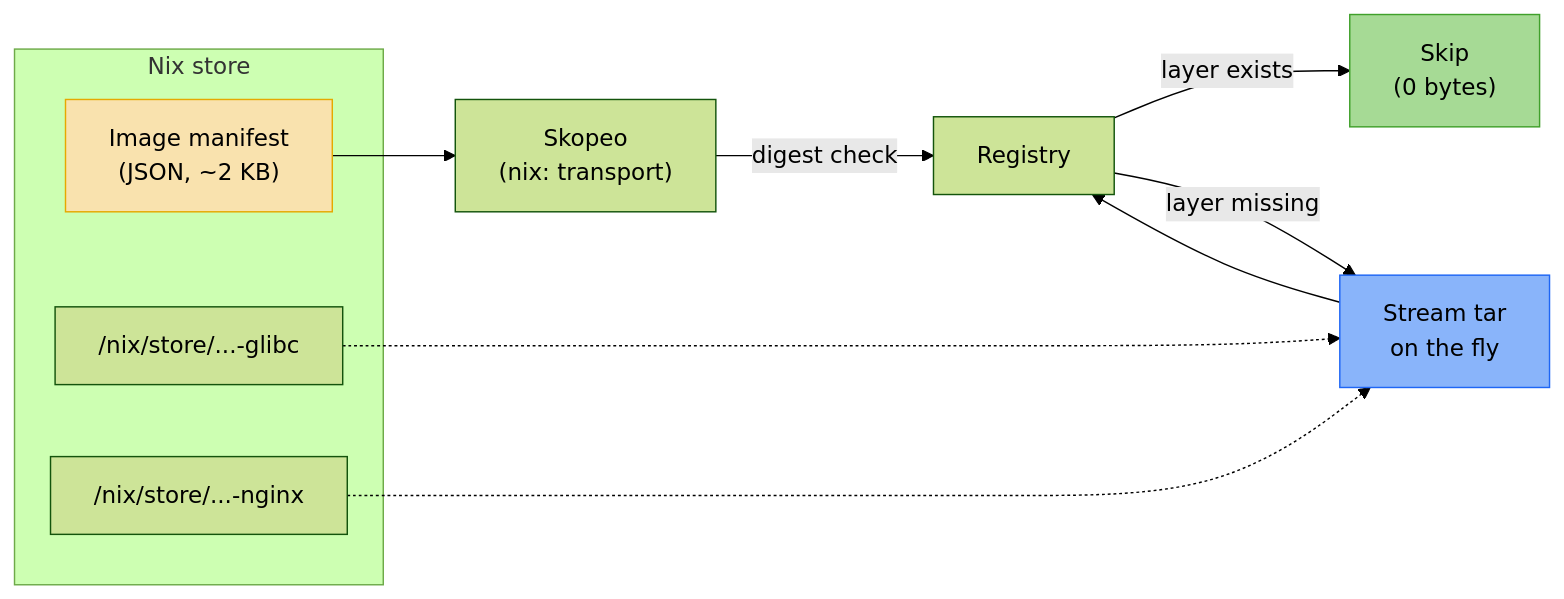
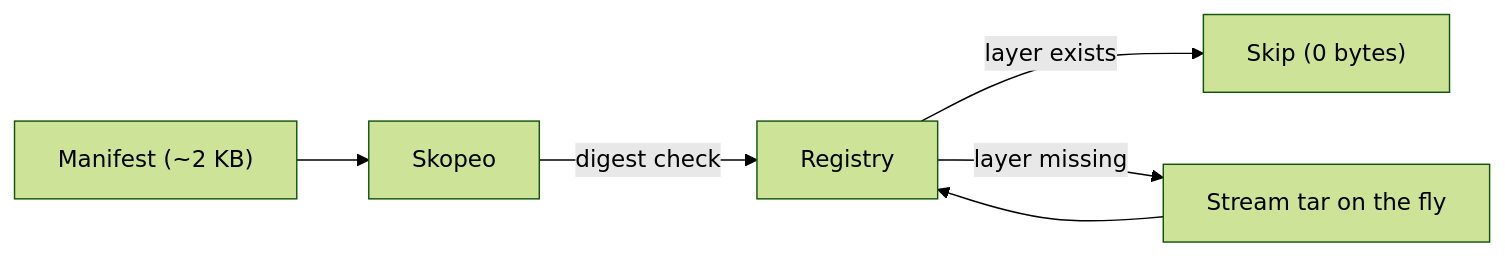
One commit to Dauliac/nix-oci changed the fourth of 4 diagrams in docs/content/explanation/archive-less-container-building.md. Above: the diagram before and after it, drawn with Mermaid (forest theme). The commit also changed other lines of this file and 65 other files, not shown here.

````diff
--- a/docs/content/explanation/archive-less-container-building.md
+++ b/docs/content/explanation/archive-less-container-building.md
@@ -152,19 +127,8 @@
 ```mermaid
 flowchart LR
-    subgraph "Nix store"
-        JSON["Image manifest<br/>(JSON, ~2 KB)"]
-        SP1["/nix/store/...-glibc"]
-        SP2["/nix/store/...-nginx"]
-    end
-    JSON --> SKOPEO["Skopeo<br/>(nix: transport)"]
+    JSON["Manifest (~2 KB)"] --> SKOPEO["Skopeo"]
     SKOPEO -->|"digest check"| REG["Registry"]
-    REG -->|"layer exists"| SKIP["Skip<br/>(0 bytes)"]
-    REG -->|"layer missing"| STREAM["Stream tar<br/>on the fly"]
-    SP1 -.-> STREAM
-    SP2 -.-> STREAM
+    REG -->|"layer exists"| SKIP["Skip (0 bytes)"]
+    REG -->|"layer missing"| STREAM["Stream tar on the fly"]
     STREAM --> REG
-
-    style JSON fill:#f9e2ae,stroke:#e6a800,color:#000
-    style SKIP fill:#a6da95,stroke:#40a02b,color:#000
-    style STREAM fill:#89b4fa,stroke:#1e66f5,color:#000
 ```
````
